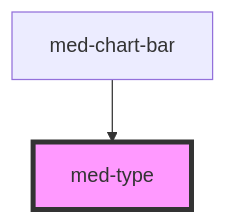
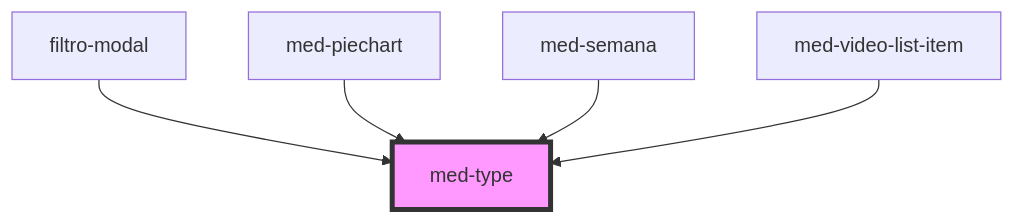
One commit to MEDGRUPOGIT/ionic-framework-1 changed the diagram in core/src/components/@medgrupo/core/med-type/readme.md. Above: the diagram before and after it, drawn with Mermaid. The commit also changed other lines of this file and 342 other files, not shown here.

````diff
--- a/core/src/components/@medgrupo/core/med-type/readme.md
+++ b/core/src/components/@medgrupo/core/med-type/readme.md
@@ -23,5 +26,8 @@
 ```mermaid
 graph TD;
-  med-chart-bar --> med-type
+  filtro-modal --> med-type
+  med-piechart --> med-type
+  med-semana --> med-type
+  med-video-list-item --> med-type
   style med-type fill:#f9f,stroke:#333,stroke-width:4px
 ```
````
